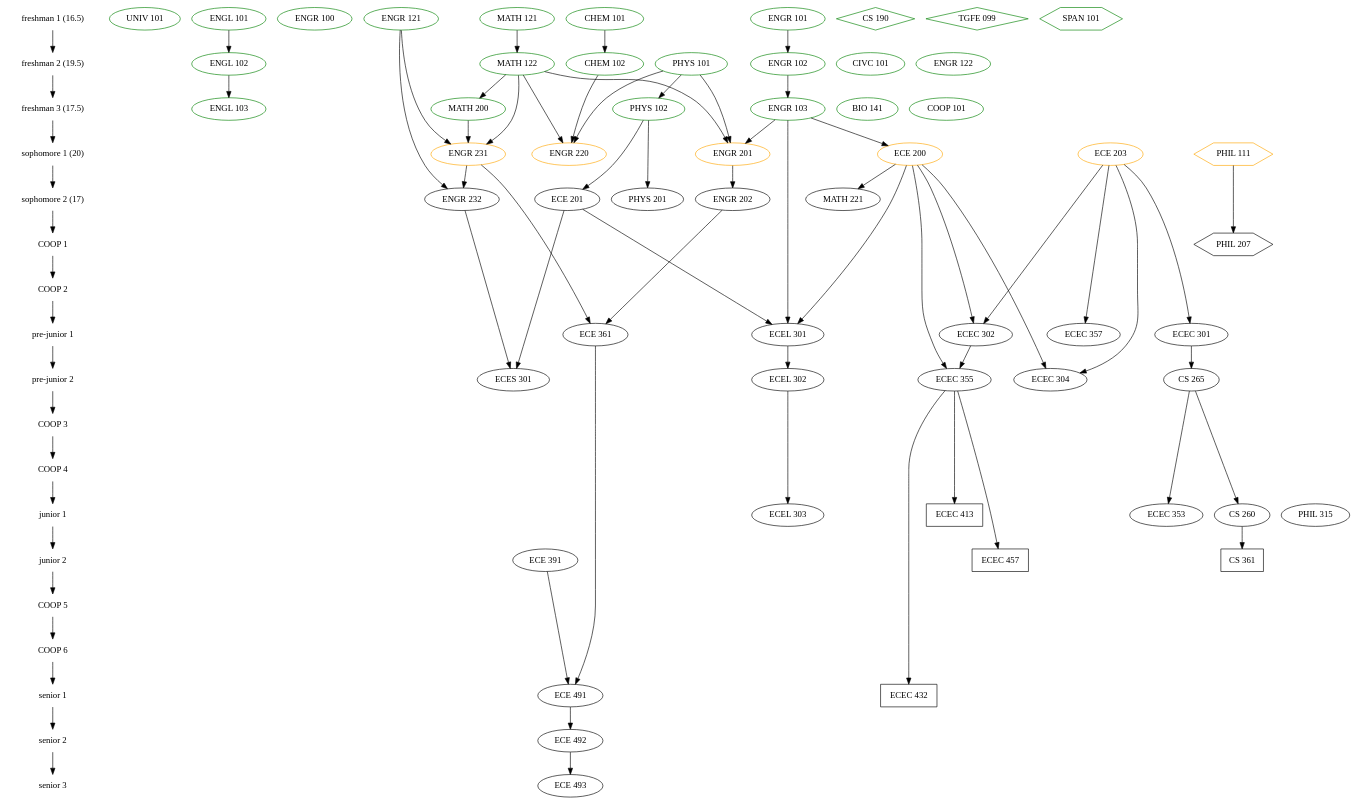
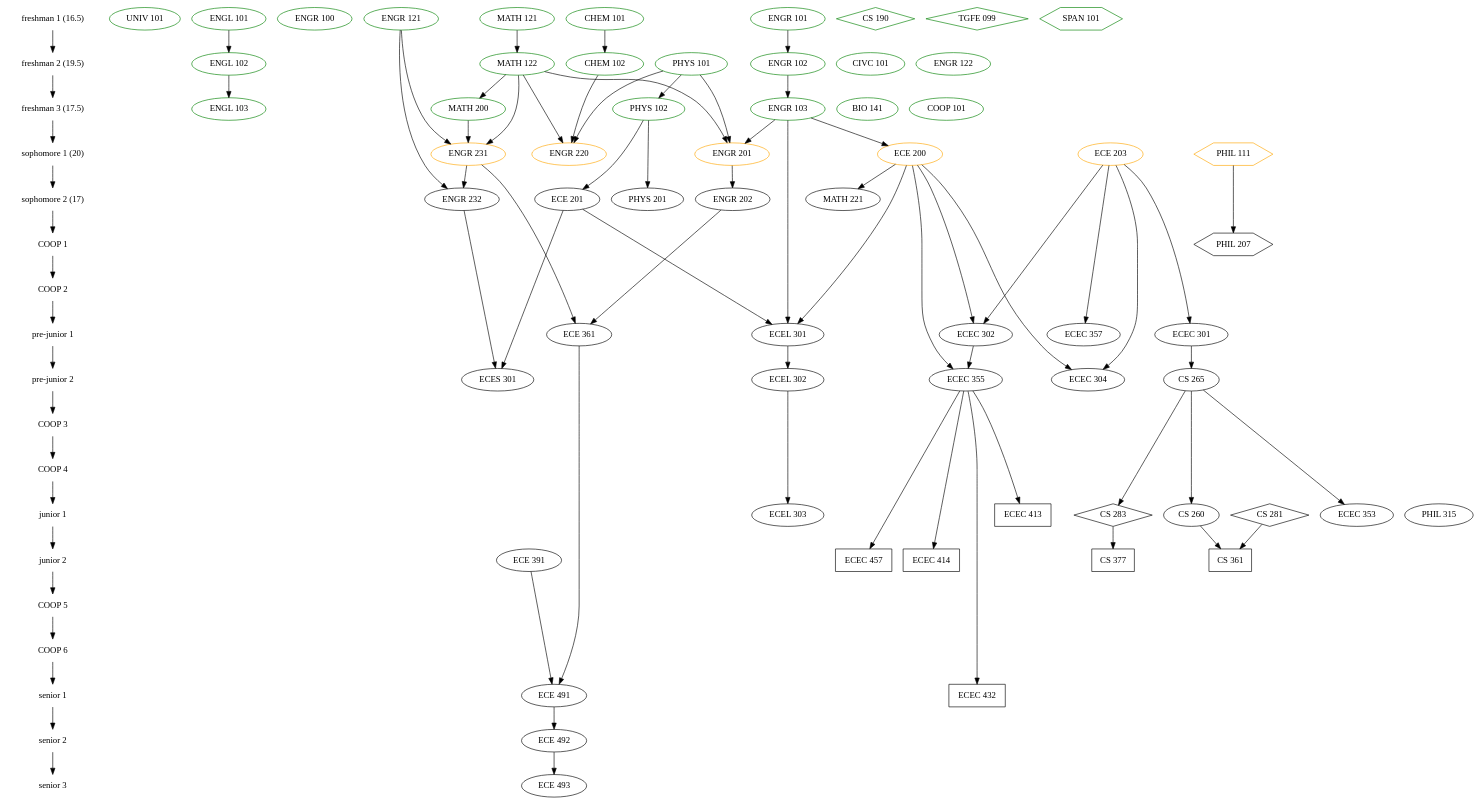
One commit to Theodus/coursework changed the diagram in classes.gv. Above: the diagram before and after it, drawn with Graphviz. The commit also changed 1 other file, not shown here.

Commit message:
add CS electives

```diff
--- a/classes.gv
+++ b/classes.gv
@@ -1,165 +1,174 @@
 /* Key:
 
 color:
 green = already taken
 orange = currently taking
 black = not taken
 
 shape:
 ellipse = fixed major degree requirement
 box = major degree elective
 diamond = free elective
 hexagon = general education elective
 */
 
 digraph Classes {
 
   { node [shape=plaintext]
     "freshman 1 (16.5)" ->
     "freshman 2 (19.5)" ->
     "freshman 3 (17.5)" ->
     "sophomore 1 (20)" ->
     "sophomore 2 (17)" ->
     "COOP 1" ->
     "COOP 2" ->
     "pre-junior 1" ->
     "pre-junior 2" ->
     "COOP 3" ->
     "COOP 4" ->
     "junior 1" ->
     "junior 2" ->
     "COOP 5" ->
     "COOP 6" ->
     "senior 1" ->
     "senior 2" ->
     "senior 3"
   }
 
   { node [color=green]
     { rank=same "freshman 1 (16.5)"
       "UNIV 101"
       "ENGL 101"
       "ENGR 100"
       "CHEM 101"
       "ENGR 101"
       "ENGR 121"
       "MATH 121"
 
       // AP Credit
       "CS 190" [shape=diamond]
       "TGFE 099" [shape=diamond]
       "SPAN 101" [shape=hexagon]
     }
     { rank=same "freshman 2 (19.5)"
       "CIVC 101"
       "ENGL 102"
       "CHEM 102"
       "ENGR 102"
       "ENGR 122"
       "MATH 122"
       "PHYS 101"
     }
   }
   { node [color=green]
     { rank=same "freshman 3 (17.5)"
       "ENGL 103"
       "ENGR 103"
       "BIO 141"
       "COOP 101"
       "PHYS 102"
       "MATH 200"
     }
   }
   { node [color=orange]
     { rank=same "sophomore 1 (20)"
       "ENGR 201"
       "ENGR 220"
       "ENGR 231"
       "ECE 203"
       "ECE 200"
       "PHIL 111" [shape=hexagon]
     }
   }
   { rank=same "sophomore 2 (17)"
     "ECE 201"
     "ENGR 202"
     "ENGR 232"
     "MATH 221"
     "PHYS 201"
   }
   { rank=same "COOP 1"
     "PHIL 207" [shape=hexagon]
   }
   { rank=same "pre-junior 1"
     "ECEC 301"
     "ECEC 302"
     "ECEL 301"
     "ECE 361"
     "ECEC 357"
   }
   { rank=same "pre-junior 2"
     "CS 265"
     "ECEC 304"
     "ECEC 355"
     "ECEL 302"
     "ECES 301"
   }
   { rank=same "junior 1"
+    "CS 283" [shape=diamond]
     "CS 260"
+    "CS 281" [shape=diamond]
     "ECEC 353"
     "ECEL 303"
     "PHIL 315"
     "ECEC 413" [shape=box]
   }
   { rank=same "junior 2"
+    "CS 377" [shape=box]
     "ECE 391"
     "CS 361" [shape=box]
     "ECEC 457" [shape=box]
+    "ECEC 414" [shape=box]
   }
   { rank=same "senior 1"
     "ECE 491"
     "ECEC 432" [shape=box]
   }
   { rank=same "senior 2"
     "ECE 492"
   }
   { rank=same "senior 3"
     "ECE 493"
   }
 
   // General Education/Liberal Studies
 
   "CIVC 101"
   "ENGL 101" -> "ENGL 102" -> "ENGL 103"
   "PHIL 315"
   "UNIV 101"
 
   "PHIL 111" -> "PHIL 207"
 
   // Foundation Requirements
 
   "BIO 141"
   "CHEM 101" -> "CHEM 102"
   "PHYS 101" -> "PHYS 102" -> "PHYS 201"
   "PHYS 102" -> "ECE 201"
   "MATH 121" -> "MATH 122" -> "MATH 200" -> "ENGR 231"
   "ENGR 101" -> "ENGR 102" -> "ENGR 103" -> "ECE 200" -> "MATH 221"
   "ECE 203"
   {"MATH 122" "PHYS 101" "ENGR 103"} -> "ENGR 201" -> "ENGR 202"
   {"CHEM 102" "MATH 122" "PHYS 101"} -> "ENGR 220"
   {"MATH 122" "ENGR 121"} -> "ENGR 231"
   {"ENGR 231" "ENGR 121"} -> "ENGR 232"
 
   // Professional Requirements
 
-  "ECE 203" -> "ECEC 301" -> "CS 265" -> "CS 260" -> "CS 361"
+  "ECE 203" -> "ECEC 301" -> "CS 265" -> "CS 260"
   {"ENGR 202" "ENGR 231"} -> "ECE 361"
   {"ECE 391" "ECE 361"} -> "ECE 491" -> "ECE 492" -> "ECE 493"
   {"ECE 203" "ECE 200"} -> "ECEC 302"
   {"ECE 200" "ECE 203"} -> "ECEC 304"
   "CS 265" -> "ECEC 353"
-  {"ECE 200" "ECEC 302"} -> "ECEC 355" -> {"ECEC 413" "ECEC 457" "ECEC 432"}
+  {"ECE 200" "ECEC 302"} -> "ECEC 355" -> {"ECEC 413" "ECEC 414" "ECEC 457" "ECEC 432"}
   "ECE 203" -> "ECEC 357"
   {"ENGR 103" "ECE 200" "ECE 201"} -> "ECEL 301" -> "ECEL 302" -> "ECEL 303"
   {"ENGR 232" "ECE 201"} -> "ECES 301"
+
+  // Extra CS cources (Free and ECE/COE/BMES 300+ electives)
+
+  "CS 265" -> "CS 283" -> "CS 377"
+  {"CS 260" "CS 281"} -> "CS 361"
 }
```
